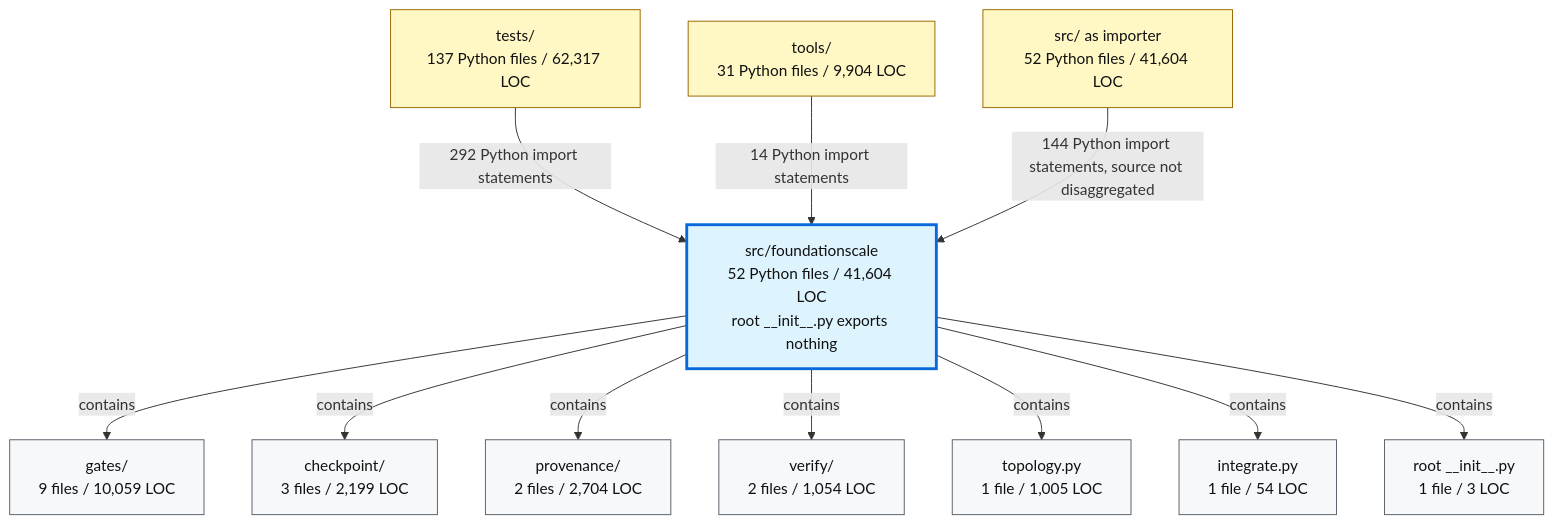
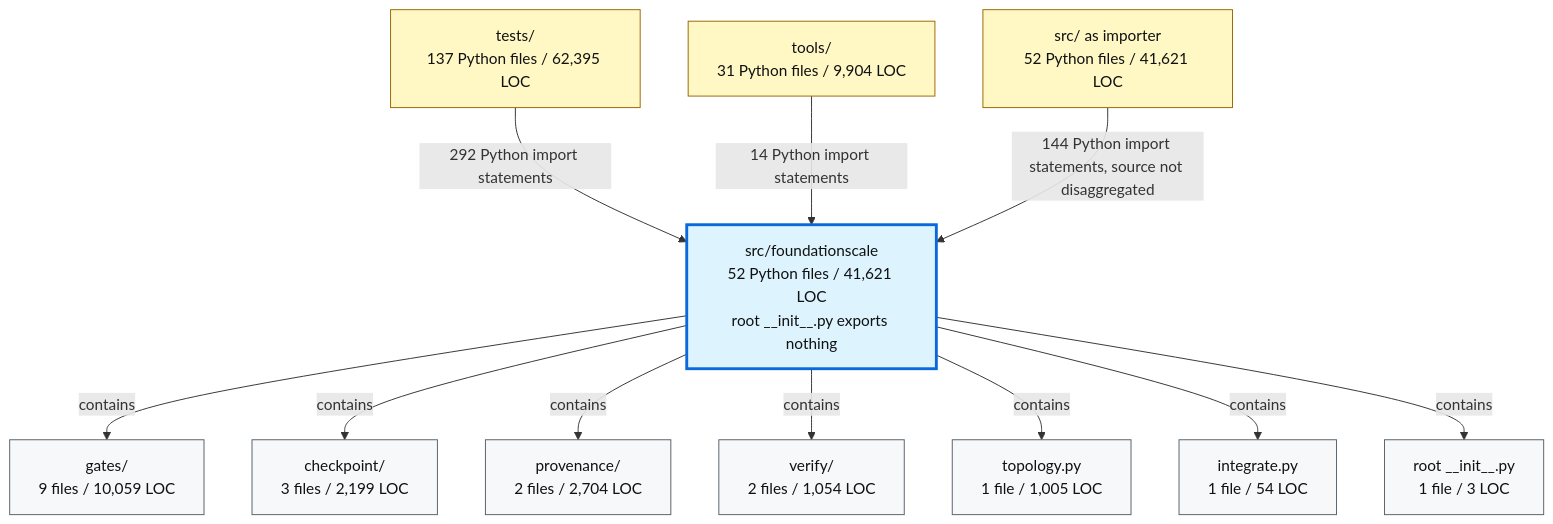
One commit to TranNhiem/FoundationScale changed the second of 2 diagrams in docs/review/D2_current_architecture.md. Above: the diagram before and after it, drawn with Mermaid. The commit also changed other lines of this file and 17 other files, not shown here.

````diff
--- a/docs/review/D2_current_architecture.md
+++ b/docs/review/D2_current_architecture.md
@@ -97,36 +97,36 @@
 ```mermaid
 flowchart TB
-  TESTS["tests/<br/>137 Python files / 62,317 LOC"]
+  TESTS["tests/<br/>137 Python files / 62,395 LOC"]
   TOOLS["tools/<br/>31 Python files / 9,904 LOC"]
-  SRC["src/ as importer<br/>52 Python files / 41,604 LOC"]
+  SRC["src/ as importer<br/>52 Python files / 41,621 LOC"]
 
-  FS["src/foundationscale<br/>52 Python files / 41,604 LOC<br/>root __init__.py exports nothing"]
+  FS["src/foundationscale<br/>52 Python files / 41,621 LOC<br/>root __init__.py exports nothing"]
 
   GATES["gates/<br/>9 files / 10,059 LOC"]
   CKPT["checkpoint/<br/>3 files / 2,199 LOC"]
   PROV["provenance/<br/>2 files / 2,704 LOC"]
   VERIFY["verify/<br/>2 files / 1,054 LOC"]
   TOPO["topology.py<br/>1 file / 1,005 LOC"]
   INTEG["integrate.py<br/>1 file / 54 LOC"]
   ROOT["root __init__.py<br/>1 file / 3 LOC"]
 
   TESTS -->|"292 Python import statements"| FS
   TOOLS -->|"14 Python import statements"| FS
   SRC -->|"144 Python import statements, source not disaggregated"| FS
 
   FS -->|"contains"| GATES
   FS -->|"contains"| CKPT
   FS -->|"contains"| PROV
   FS -->|"contains"| VERIFY
   FS -->|"contains"| TOPO
   FS -->|"contains"| INTEG
   FS -->|"contains"| ROOT
 
   classDef consumer fill:#fff8c5,stroke:#9a6700,color:#111;
   classDef package fill:#ddf4ff,stroke:#0969da,stroke-width:3px,color:#111;
   classDef module fill:#f6f8fa,stroke:#57606a,color:#111;
 
   class TESTS,TOOLS,SRC consumer;
   class FS package;
   class GATES,CKPT,PROV,VERIFY,TOPO,INTEG,ROOT module;
 ```
````
